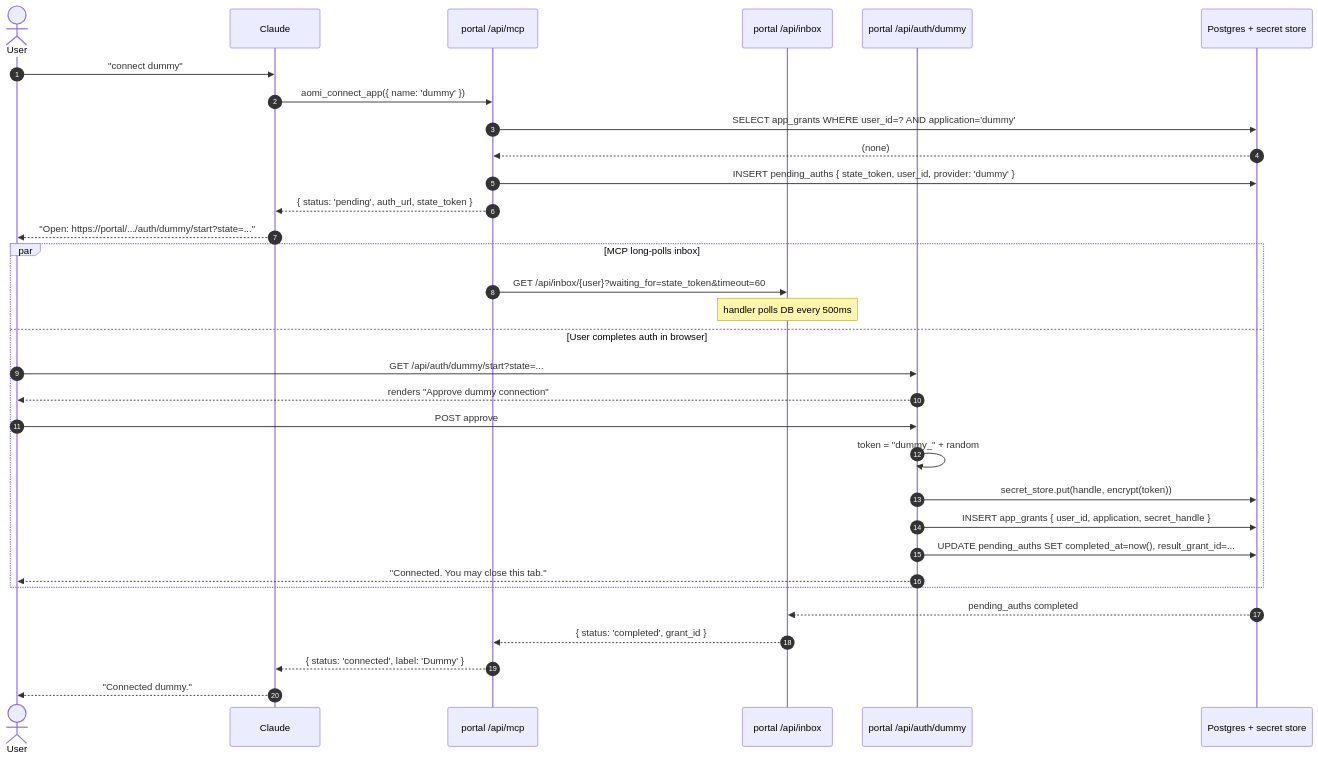
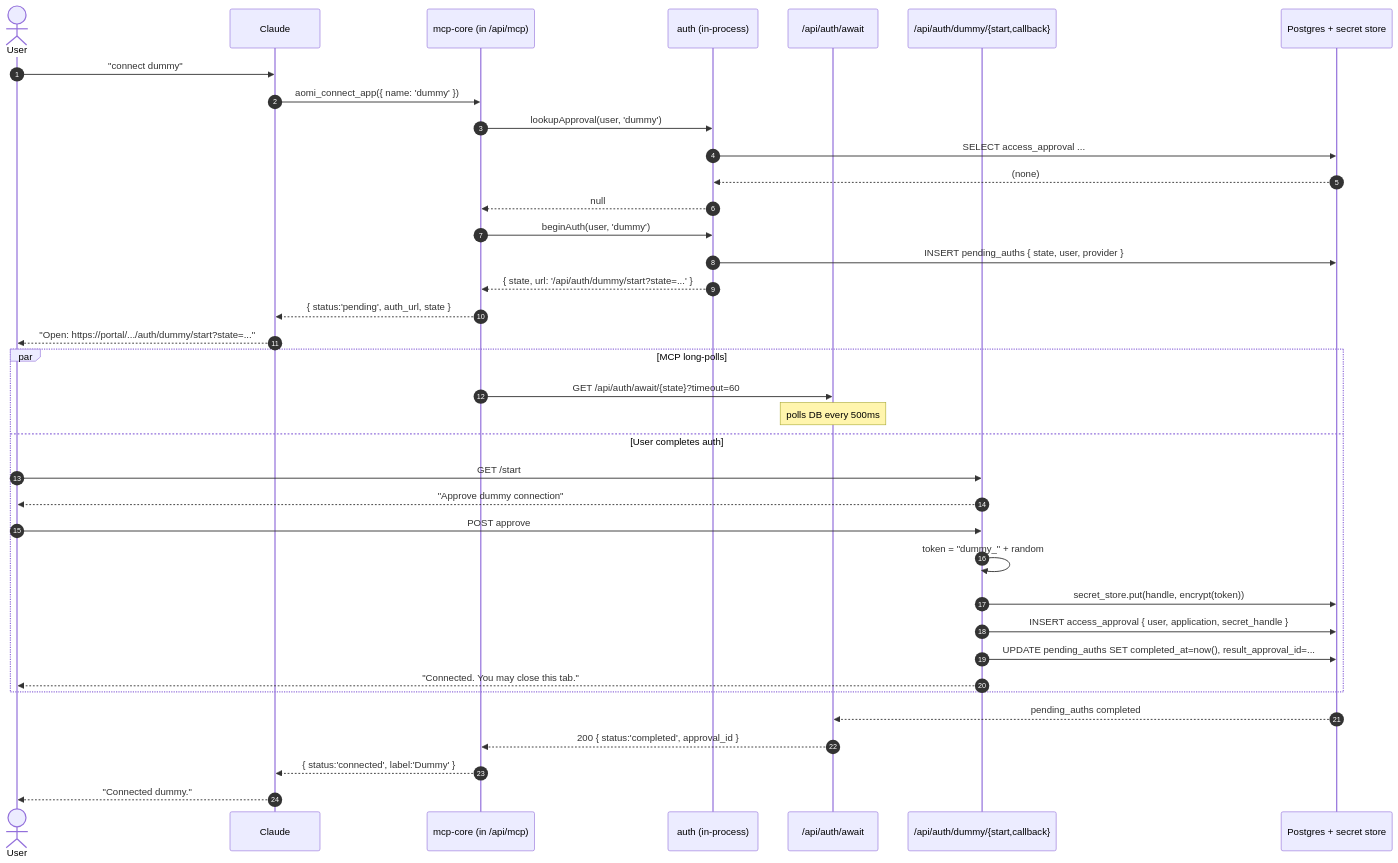
Before and after one commit to aomi-labs/aomi-widget: the second of 4 diagrams in specs/mcp-design.md, drawn with Mermaid. The commit also changed other lines of this file and 43 other files, not shown here.

First line of the commit message:
MCP v1: packages/auth + mcp-core + portal vertical slice

````diff
--- a/specs/mcp-design.md
+++ b/specs/mcp-design.md
@@ -211,37 +314,43 @@
 ```mermaid
 sequenceDiagram
     autonumber
     actor U as User
     participant C as Claude
-    participant M as portal /api/mcp
-    participant I as portal /api/inbox
-    participant A as portal /api/auth/dummy
+    participant M as mcp-core (in /api/mcp)
+    participant A as auth (in-process)
+    participant Aw as /api/auth/await
+    participant S as /api/auth/dummy/{start,callback}
     participant DB as Postgres + secret store
 
     U->>C: "connect dummy"
     C->>M: aomi_connect_app({ name: 'dummy' })
-    M->>DB: SELECT app_grants WHERE user_id=? AND application='dummy'
-    DB-->>M: (none)
-    M->>DB: INSERT pending_auths { state_token, user_id, provider: 'dummy' }
-    M-->>C: { status: 'pending', auth_url, state_token }
+    M->>A: lookupApproval(user, 'dummy')
+    A->>DB: SELECT access_approval ...
+    DB-->>A: (none)
+    A-->>M: null
+
+    M->>A: beginAuth(user, 'dummy')
+    A->>DB: INSERT pending_auths { state, user, provider }
+    A-->>M: { state, url: '/api/auth/dummy/start?state=...' }
+    M-->>C: { status:'pending', auth_url, state }
     C-->>U: "Open: https://portal/.../auth/dummy/start?state=..."
 
-    par MCP long-polls inbox
-        M->>I: GET /api/inbox/{user}?waiting_for=state_token&timeout=60
-        Note over I: handler polls DB every 500ms
-    and User completes auth in browser
-        U->>A: GET /api/auth/dummy/start?state=...
-        A-->>U: renders "Approve dummy connection"
-        U->>A: POST approve
-        A->>A: token = "dummy_" + random
-        A->>DB: secret_store.put(handle, encrypt(token))
-        A->>DB: INSERT app_grants { user_id, application, secret_handle }
-        A->>DB: UPDATE pending_auths SET completed_at=now(), result_grant_id=...
-        A-->>U: "Connected. You may close this tab."
+    par MCP long-polls
+        M->>Aw: GET /api/auth/await/{state}?timeout=60
+        Note over Aw: polls DB every 500ms
+    and User completes auth
+        U->>S: GET /start
+        S-->>U: "Approve dummy connection"
+        U->>S: POST approve
+        S->>S: token = "dummy_" + random
+        S->>DB: secret_store.put(handle, encrypt(token))
+        S->>DB: INSERT access_approval { user, application, secret_handle }
+        S->>DB: UPDATE pending_auths SET completed_at=now(), result_approval_id=...
+        S-->>U: "Connected. You may close this tab."
     end
 
-    DB-->>I: pending_auths completed
-    I-->>M: { status: 'completed', grant_id }
-    M-->>C: { status: 'connected', label: 'Dummy' }
+    DB-->>Aw: pending_auths completed
+    Aw-->>M: 200 { status:'completed', approval_id }
+    M-->>C: { status:'connected', label:'Dummy' }
     C-->>U: "Connected dummy."
 ```
````
